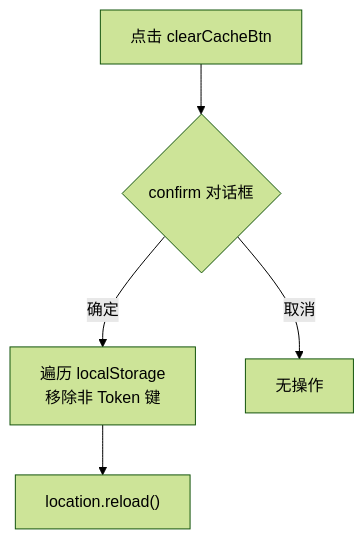
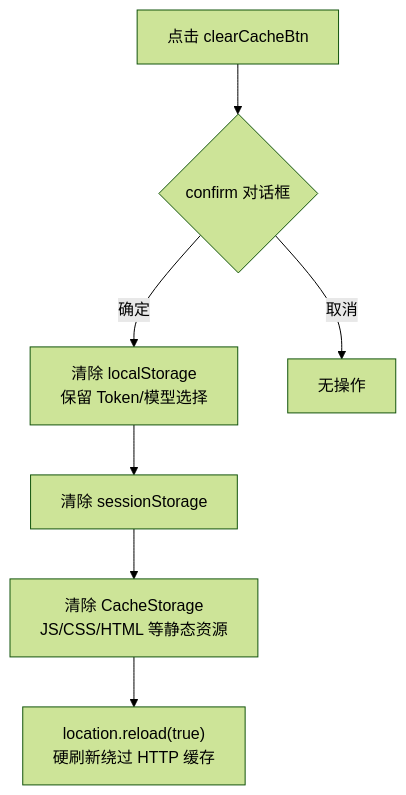
The diagram in docs/故事任务面板/clear-cache-refresh/01-故事任务.md (effiy/YiWeb), drawn with Mermaid (forest theme) before and after one commit. The commit also changed other lines of this file and 10 other files, not shown here.

Commit message:
feat: extend clear-cache-refresh to clear all browser caches (sessionStorage + CacheStorage + hard reload) feat: aicr-sidebar-subtags — hide secondary tags when no primary tag selected

````diff
--- a/docs/故事任务面板/clear-cache-refresh/01-故事任务.md
+++ b/docs/故事任务面板/clear-cache-refresh/01-故事任务.md
@@ -33,7 +33,9 @@
 ```mermaid
 flowchart TD
     CLICK["点击 clearCacheBtn"] --> CONFIRM{"confirm 对话框"}
-    CONFIRM -->|确定| CLEAR["遍历 localStorage\n移除非 Token 键"]
-    CLEAR --> RELOAD["location.reload()"]
+    CONFIRM -->|确定| LS["清除 localStorage<br/>保留 Token/模型选择"]
+    LS --> SS["清除 sessionStorage"]
+    SS --> CS["清除 CacheStorage<br/>JS/CSS/HTML 等静态资源"]
+    CS --> RELOAD["location.reload(true)<br/>硬刷新绕过 HTTP 缓存"]
     CONFIRM -->|取消| NOOP["无操作"]
 ```
````
